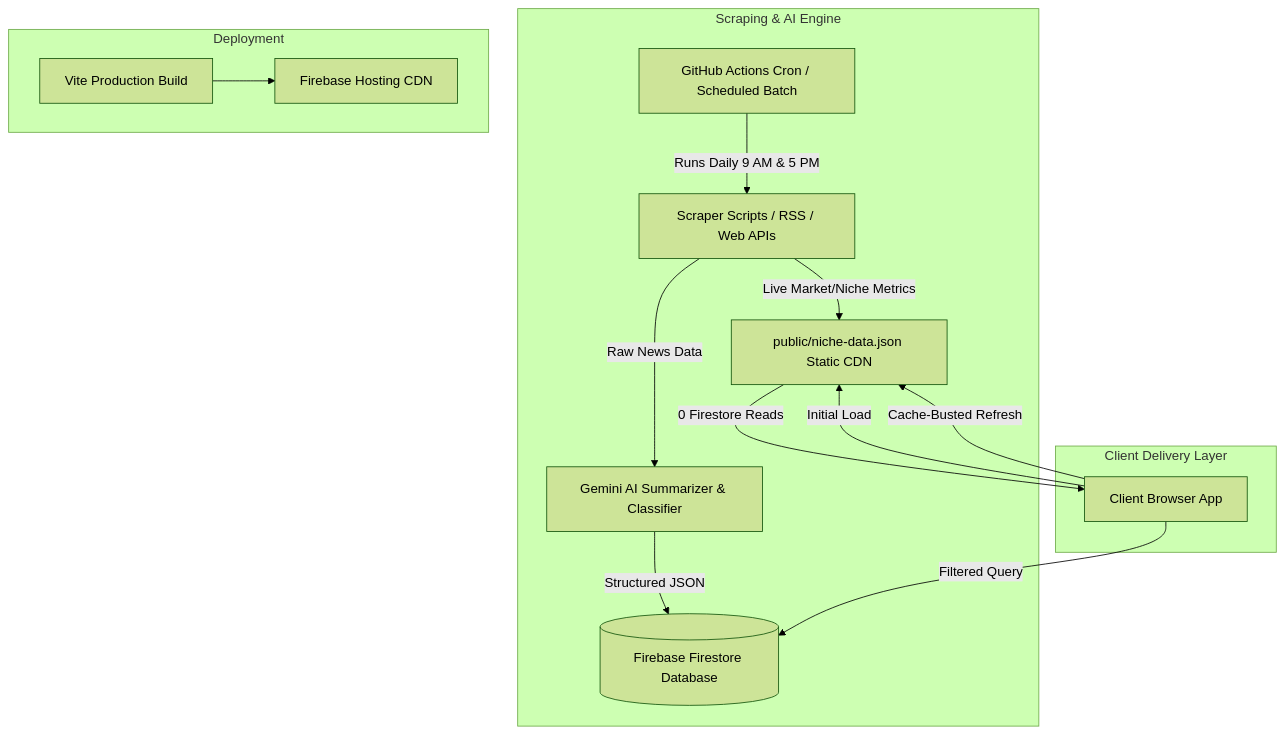
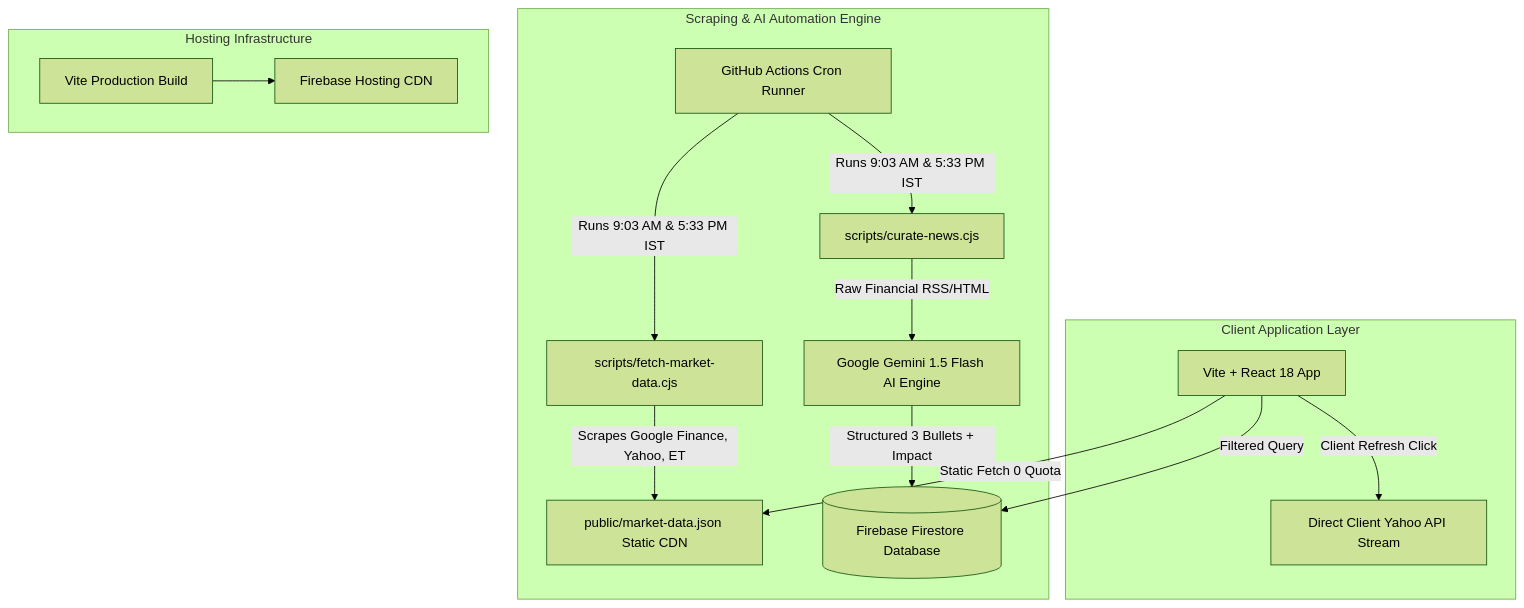
One commit to masterschetanapp-creator/masterschetan-news-slate changed the diagram in BLUEPRINT.md. Above: the diagram before and after it, drawn with Mermaid (forest theme). The commit also changed other lines of this file and 2 other files, not shown here.

Commit message:
exact_production_site_technical_blueprint_and_pdf

````diff
--- a/BLUEPRINT.md
+++ b/BLUEPRINT.md
@@ -10,20 +10,20 @@
 ```mermaid
 flowchart TD
-    subgraph Scraping & AI Engine
-        A[GitHub Actions Cron / Scheduled Batch] -->|Runs Daily 9 AM & 5 PM| B[Scraper Scripts / RSS / Web APIs]
-        B -->|Raw News Data| C[Gemini AI Summarizer & Classifier]
-        C -->|Structured JSON| D[(Firebase Firestore Database)]
-        B -->|Live Market/Niche Metrics| E[public/niche-data.json Static CDN]
+    subgraph Scraping & AI Automation Engine
+        A[GitHub Actions Cron Runner] -->|Runs 9:03 AM & 5:33 PM IST| B[scripts/fetch-market-data.cjs]
+        A -->|Runs 9:03 AM & 5:33 PM IST| C[scripts/curate-news.cjs]
+        B -->|Scrapes Google Finance, Yahoo, ET| D[public/market-data.json Static CDN]
+        C -->|Raw Financial RSS/HTML| E[Google Gemini 1.5 Flash AI Engine]
+        E -->|Structured 3 Bullets + Impact| F[(Firebase Firestore Database)]
     end
 
-    subgraph Client Delivery Layer
-        F[Client Browser App] -->|Initial Load| E
-        F -->|Cache-Busted Refresh| E
-        F -->|Filtered Query| D
-        E -->|0 Firestore Reads| F
+    subgraph Client Application Layer
+        G[Vite + React 18 App] -->|Static Fetch 0 Quota| D
+        G -->|Client Refresh Click| H[Direct Client Yahoo API Stream]
+        G -->|Filtered Query| F
     end
 
-    subgraph Deployment
-        G[Vite Production Build] --> H[Firebase Hosting CDN]
+    subgraph Hosting Infrastructure
+        I[Vite Production Build] --> J[Firebase Hosting CDN]
     end
 ```
````
